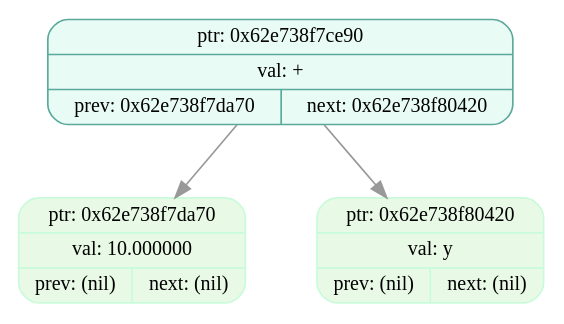
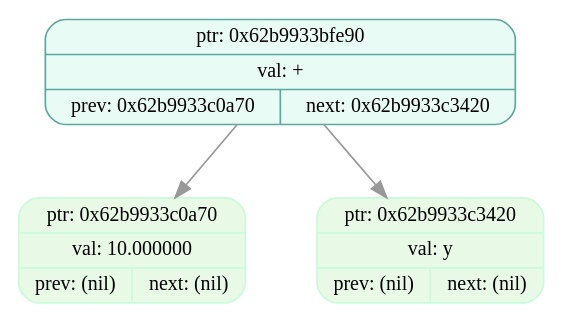
Before and after one commit to EvilTomato9890/Difference: the diagram in dumps/tree_dump_005.dot, drawn with Graphviz. The commit also changed 42 other files, not shown here.

```diff
--- a/dumps/tree_dump_005.dot
+++ b/dumps/tree_dump_005.dot
@@ -1,9 +1,9 @@
 digraph T{
   node [fontname="Fira Mono",shape=record,style="filled,rounded",fontsize=12];
   graph [splines=true, nodesep=0.6, ranksep=0.6];
-  node_0x62e738f7ce90[shape=record,label="{ {ptr: 0x62e738f7ce90} | {val: +} | { prev: 0x62e738f7da70 | next: 0x62e738f80420 } }",color="#5aa99b",fillcolor="#e9fbf5"];
-  node_0x62e738f7da70[shape=record,label="{ {ptr: 0x62e738f7da70} | {val: 10.000000} | { prev: (nil) | next: (nil) } }",color="#c9fbdbff",fillcolor="#e8f9e5ff"];
-  node_0x62e738f80420[shape=record,label="{ {ptr: 0x62e738f80420} | {val: y} | { prev: (nil) | next: (nil) } }",color="#c9fbdbff",fillcolor="#e8f9e5ff"];
-  node_0x62e738f7ce90 -> node_0x62e738f7da70 [color="#999999"];
-  node_0x62e738f7ce90 -> node_0x62e738f80420 [color="#999999"];
+  node_0x62b9933bfe90[shape=record,label="{ {ptr: 0x62b9933bfe90} | {val: +} | { prev: 0x62b9933c0a70 | next: 0x62b9933c3420 } }",color="#5aa99b",fillcolor="#e9fbf5"];
+  node_0x62b9933c0a70[shape=record,label="{ {ptr: 0x62b9933c0a70} | {val: 10.000000} | { prev: (nil) | next: (nil) } }",color="#c9fbdbff",fillcolor="#e8f9e5ff"];
+  node_0x62b9933c3420[shape=record,label="{ {ptr: 0x62b9933c3420} | {val: y} | { prev: (nil) | next: (nil) } }",color="#c9fbdbff",fillcolor="#e8f9e5ff"];
+  node_0x62b9933bfe90 -> node_0x62b9933c0a70 [color="#999999"];
+  node_0x62b9933bfe90 -> node_0x62b9933c3420 [color="#999999"];
 }
```
